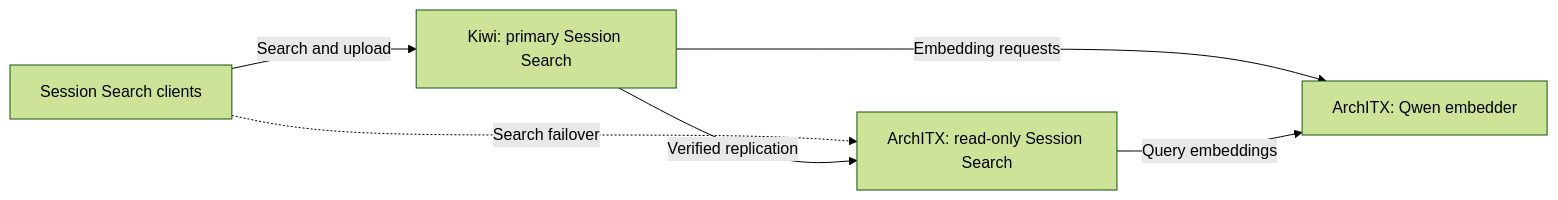
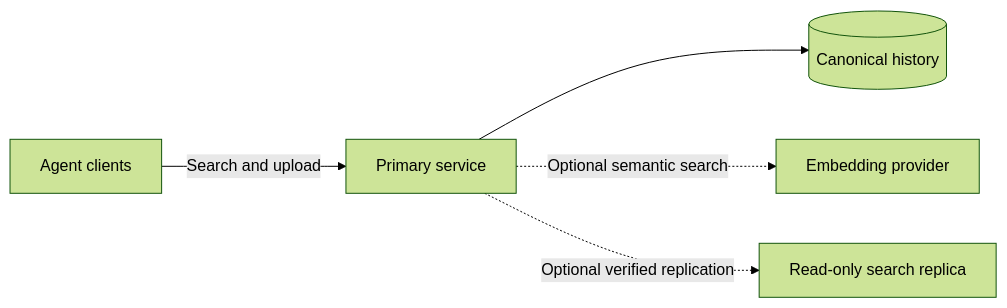
Before and after one commit to chrisae9/session-search: the second of 4 diagrams in docs/architecture.md, drawn with Mermaid (forest theme). The commit also changed other lines of this file and 15 other files, not shown here.

Commit message:
Use generic architecture and operator-owned backups

````diff
--- a/docs/architecture.md
+++ b/docs/architecture.md
@@ -32,8 +33,7 @@
 ```mermaid
 flowchart LR
-    client["Session Search clients"] -->|"Search and upload"| primary["Kiwi: primary Session Search"]
-    client -.->|"Search failover"| standby["ArchITX: read-only Session Search"]
-    primary -->|"Verified replication"| standby
-    primary -->|"Embedding requests"| model["ArchITX: Qwen embedder"]
-    standby -->|"Query embeddings"| model
+    client["Agent clients"] -->|"Search and upload"| primary["Primary service"]
+    primary --> history[("Canonical history")]
+    primary -.->|"Optional semantic search"| model["Embedding provider"]
+    primary -.->|"Optional verified replication"| standby["Read-only search replica"]
 ```
````
